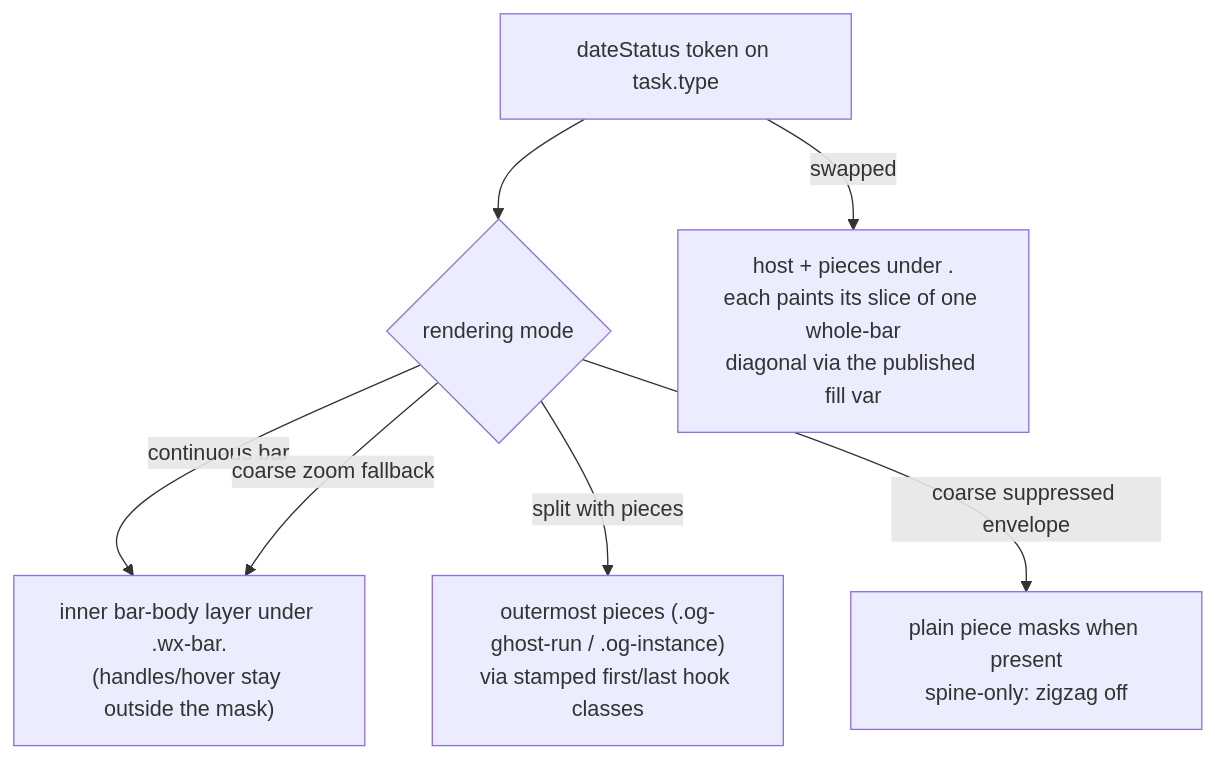
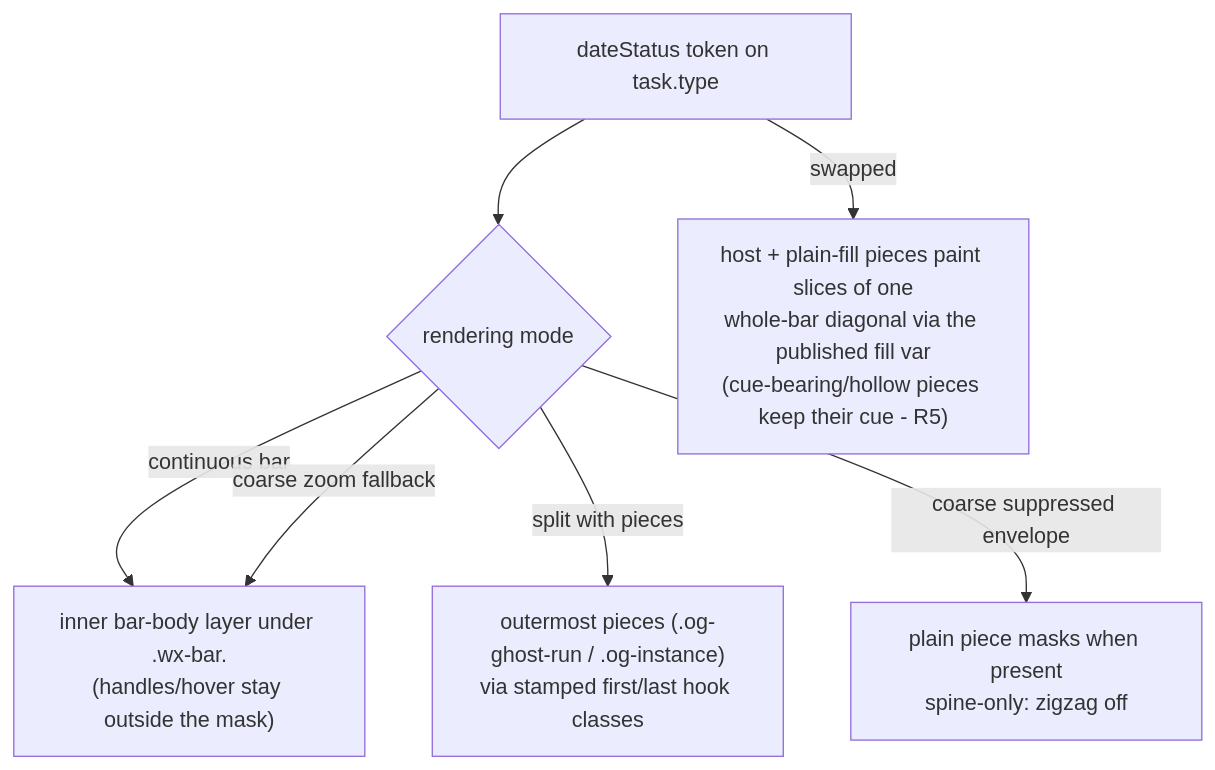
One commit to renatomen/tasknotes-gantt changed the second of 2 diagrams in docs/plans/2026-08-09-001-feat-missing-date-zigzag-semantics-plan.md. Above: the diagram before and after it, drawn with Mermaid. The commit also changed other lines of this file, not shown here.

Commit message:
docs(plans): propagate R5's exception into U4's approach and the diagram

````diff
--- a/docs/plans/2026-08-09-001-feat-missing-date-zigzag-semantics-plan.md
+++ b/docs/plans/2026-08-09-001-feat-missing-date-zigzag-semantics-plan.md
@@ -159,9 +159,9 @@
 ```mermaid
 flowchart TB
   T["dateStatus token on task.type"] --> C{"rendering mode"}
   C -->|continuous bar| B["inner bar-body layer under .wx-bar.<zz-token>\n(handles/hover stay outside the mask)"]
   C -->|split with pieces| P["outermost pieces (.og-ghost-run / .og-instance)\nvia stamped first/last hook classes"]
   C -->|coarse zoom fallback| B
   C -->|coarse suppressed envelope| E["plain piece masks when present\nspine-only: zigzag off"]
-  T -->|swapped| S["host + pieces under .<swapped-token>\neach paints its slice of one whole-bar\ndiagonal via the published fill var"]
+  T -->|swapped| S["host + plain-fill pieces paint slices of one\nwhole-bar diagonal via the published fill var\n(cue-bearing/hollow pieces keep their cue - R5)"]
 ```
````
